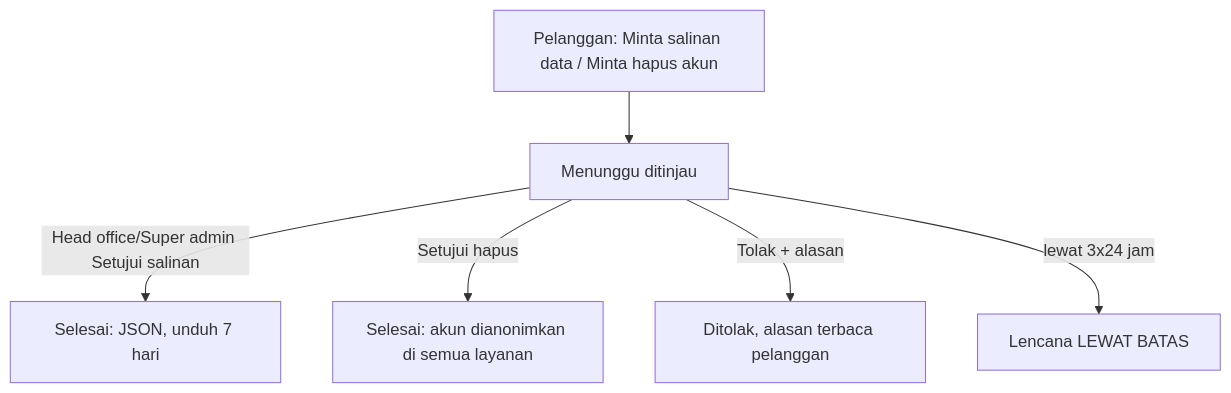
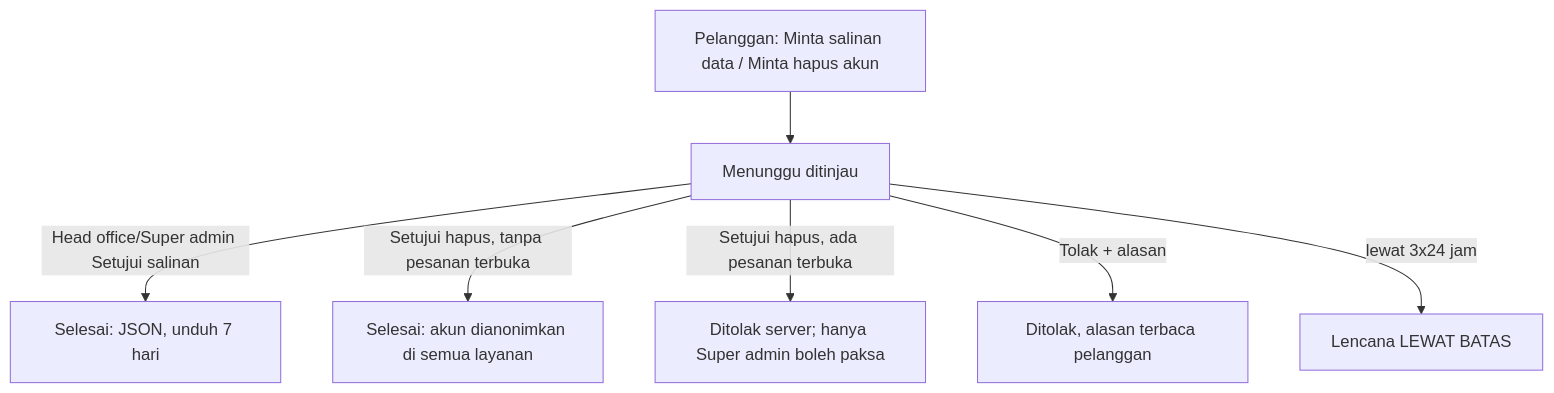
One commit to m0gsy/hydromart-digital changed diagram 19 of 22 in docs/user-guide/11-end-to-end-business-process.md. Above: the diagram before and after it, drawn with Mermaid. The commit also changed other lines of this file and 4 other files, not shown here.

````diff
--- a/docs/user-guide/11-end-to-end-business-process.md
+++ b/docs/user-guide/11-end-to-end-business-process.md
@@ -630,8 +631,9 @@
 ```mermaid
 flowchart TD
   A[Pelanggan: Minta salinan data / Minta hapus akun] --> B[Menunggu ditinjau]
   B -->|Head office/Super admin Setujui salinan| C[Selesai: JSON, unduh 7 hari]
-  B -->|Setujui hapus| D[Selesai: akun dianonimkan di semua layanan]
+  B -->|Setujui hapus, tanpa pesanan terbuka| D[Selesai: akun dianonimkan di semua layanan]
+  B -->|Setujui hapus, ada pesanan terbuka| G[Ditolak server; hanya Super admin boleh paksa]
   B -->|Tolak + alasan| E[Ditolak, alasan terbaca pelanggan]
   B -->|lewat 3x24 jam| F[Lencana LEWAT BATAS]
 ```
````
